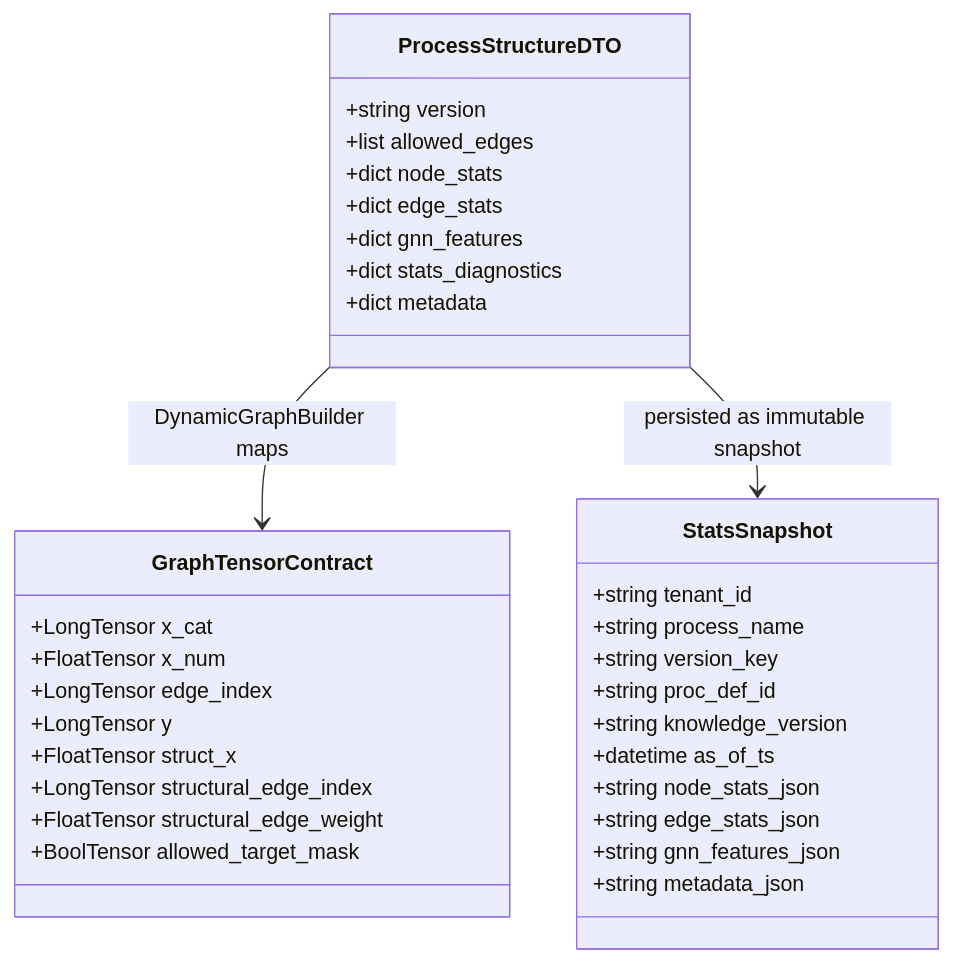
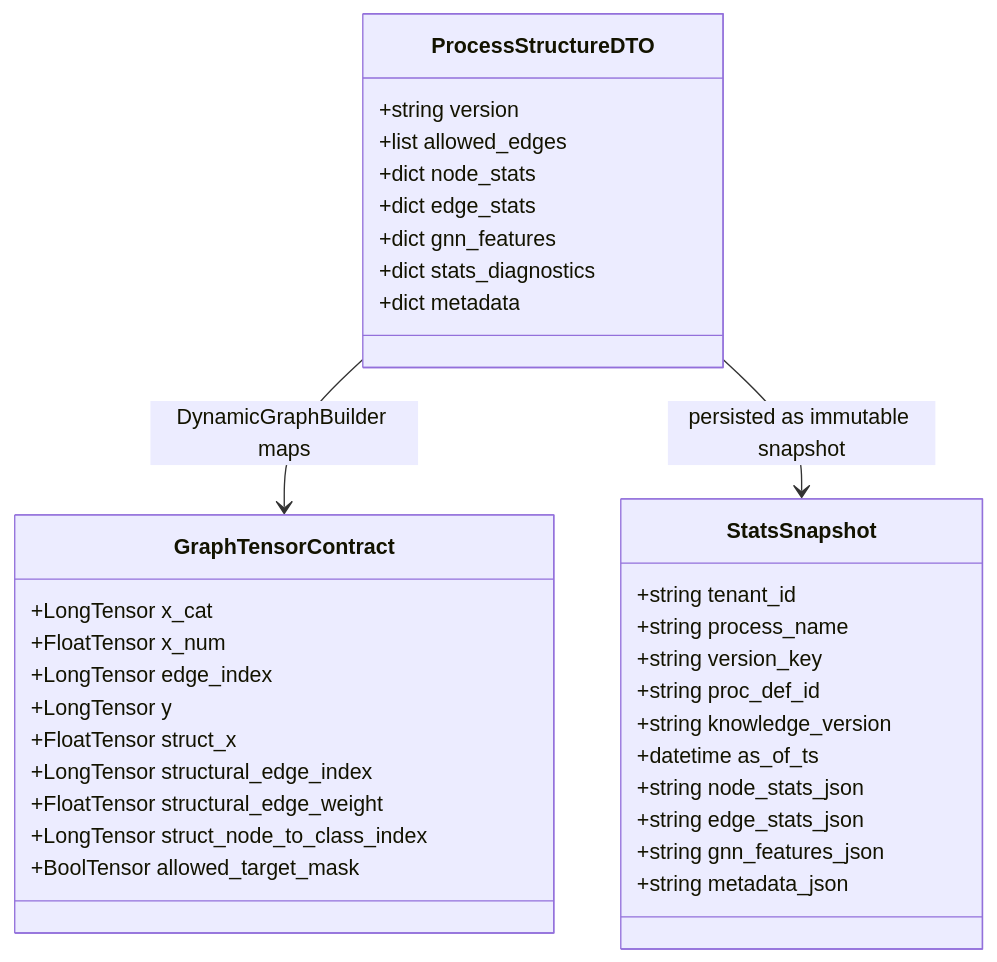
One commit to ghsrg/bpm_prediction changed the diagram in docs/DATA_MODEL_MVP2_5.MD. Above: the diagram before and after it, drawn with Mermaid. The commit also changed other lines of this file and 19 other files, not shown here.

````diff
--- a/docs/DATA_MODEL_MVP2_5.MD
+++ b/docs/DATA_MODEL_MVP2_5.MD
@@ -177,39 +179,40 @@
 ```mermaid
 classDiagram
     class ProcessStructureDTO {
       +string version
       +list allowed_edges
       +dict node_stats
       +dict edge_stats
       +dict gnn_features
       +dict stats_diagnostics
       +dict metadata
     }
 
     class StatsSnapshot {
       +string tenant_id
       +string process_name
       +string version_key
       +string proc_def_id
       +string knowledge_version
       +datetime as_of_ts
       +string node_stats_json
       +string edge_stats_json
       +string gnn_features_json
       +string metadata_json
     }
 
     class GraphTensorContract {
       +LongTensor x_cat
       +FloatTensor x_num
       +LongTensor edge_index
       +LongTensor y
       +FloatTensor struct_x
       +LongTensor structural_edge_index
       +FloatTensor structural_edge_weight
+      +LongTensor struct_node_to_class_index
       +BoolTensor allowed_target_mask
     }
 
     ProcessStructureDTO --> GraphTensorContract : DynamicGraphBuilder maps
     ProcessStructureDTO --> StatsSnapshot : persisted as immutable snapshot
 ```
````
